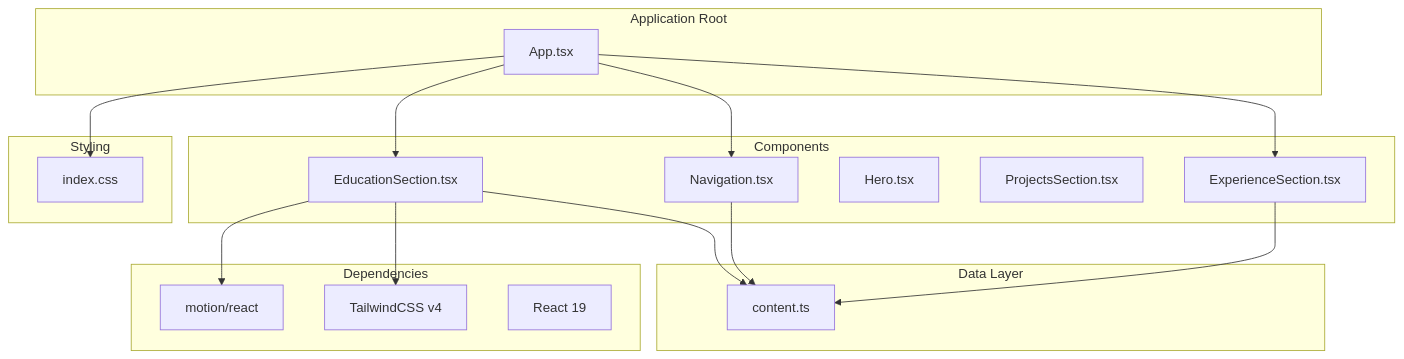
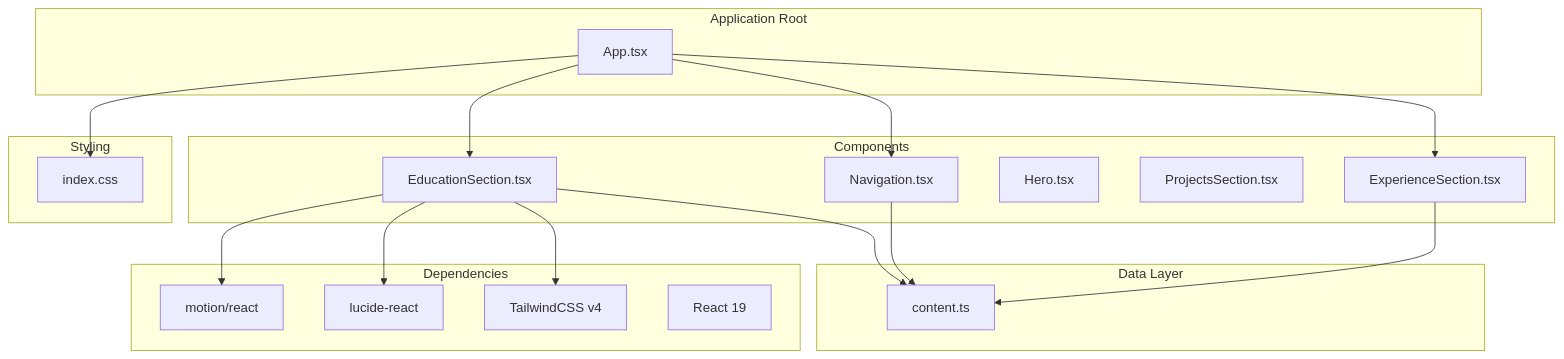
Before and after one commit to subash7781/Portfolio: the first of 10 diagrams in .qoder/repowiki/en/content/Component Library & UI Elements/EducationSection Component.md, drawn with Mermaid. The commit also changed other lines of this file and 3 other files, not shown here.

````diff
--- a/.qoder/repowiki/en/content/Component Library & UI Elements/EducationSection Component.md
+++ b/.qoder/repowiki/en/content/Component Library & UI Elements/EducationSection Component.md
@@ -44,33 +47,35 @@
 ```mermaid
 graph TB
 subgraph "Application Root"
 App[App.tsx]
 end
 subgraph "Components"
 EducationSection[EducationSection.tsx]
 Navigation[Navigation.tsx]
 Hero[Hero.tsx]
 ProjectsSection[ProjectsSection.tsx]
 ExperienceSection[ExperienceSection.tsx]
 end
 subgraph "Data Layer"
 Content[content.ts]
 end
 subgraph "Styling"
 CSS[index.css]
 end
 subgraph "Dependencies"
 Motion[motion/react]
+LucideIcons[lucide-react]
 Tailwind[TailwindCSS v4]
 React[React 19]
 end
 App --> EducationSection
 EducationSection --> Content
 EducationSection --> Motion
+EducationSection --> LucideIcons
 EducationSection --> Tailwind
 App --> Navigation
 Navigation --> Content
 App --> ExperienceSection
 ExperienceSection --> Content
 App --> CSS
 ```
````
